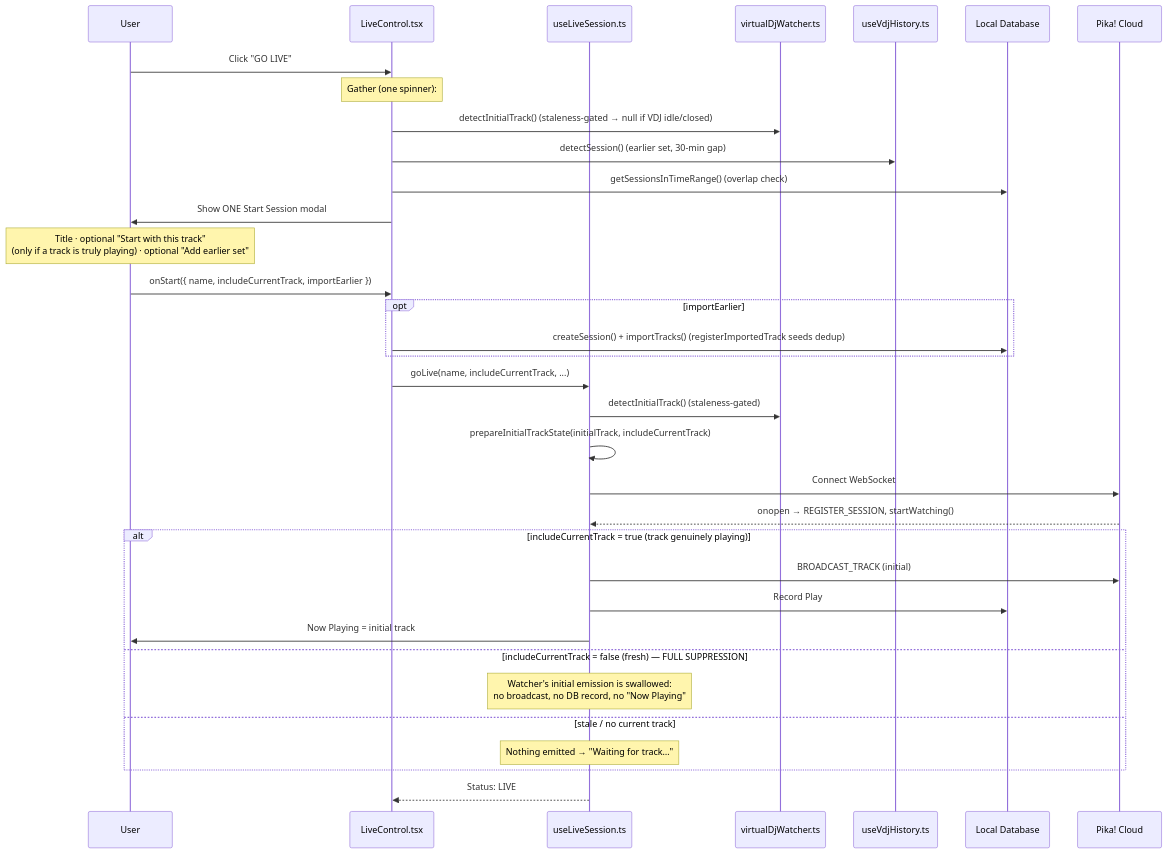
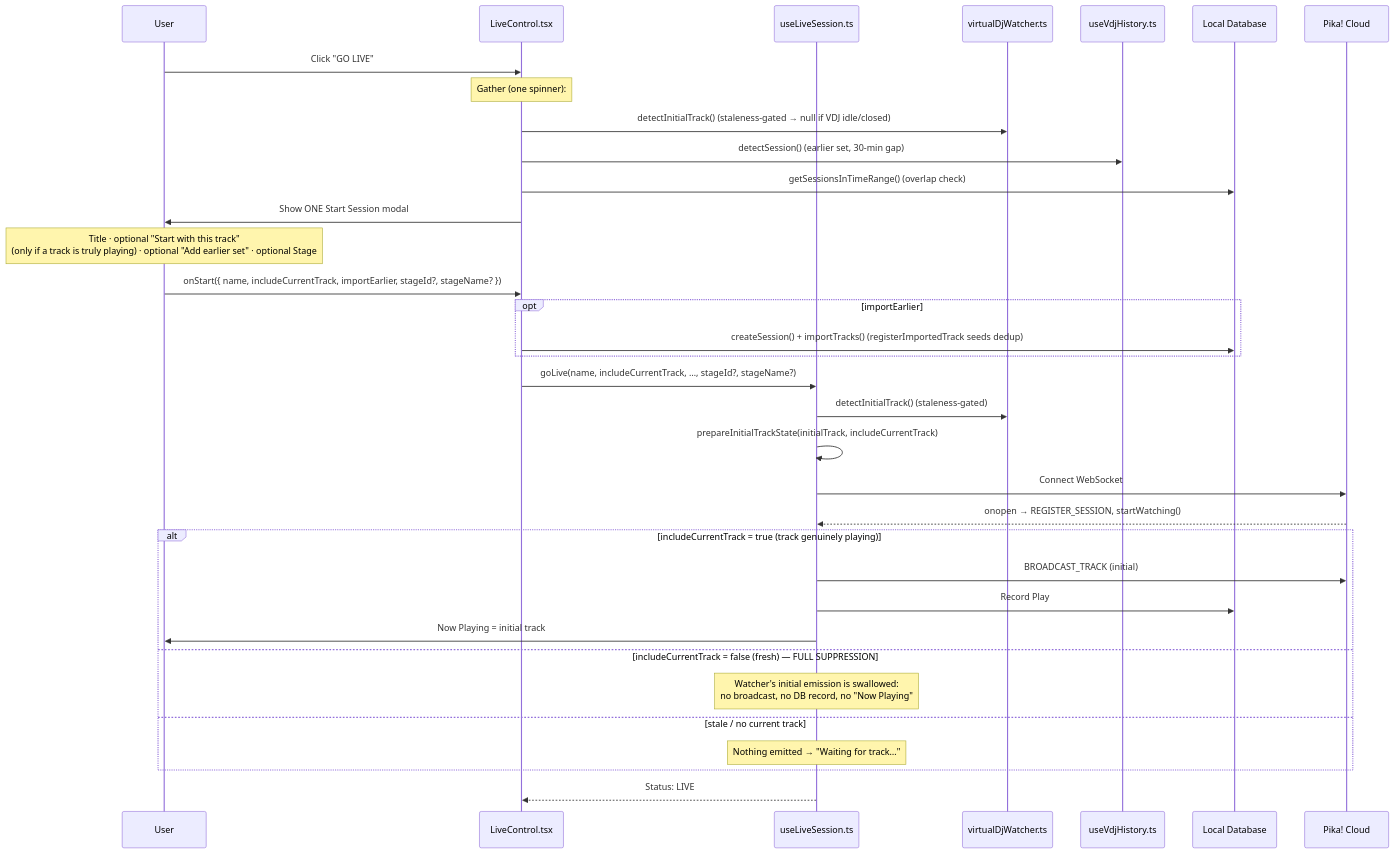
Before and after one commit to expigo/pika: the diagram in docs/architecture/go-live-flow.md, drawn with Mermaid. The commit also changed other lines of this file and 15 other files, not shown here.

````diff
--- a/docs/architecture/go-live-flow.md
+++ b/docs/architecture/go-live-flow.md
@@ -13,42 +13,42 @@
 ```mermaid
 sequenceDiagram
     participant User
     participant LC as LiveControl.tsx
     participant UL as useLiveSession.ts
     participant VDJ as virtualDjWatcher.ts
     participant VH as useVdjHistory.ts
     participant DB as Local Database
     participant CL as Pika! Cloud
 
     User->>LC: Click "GO LIVE"
     Note over LC: Gather (one spinner):
     LC->>VDJ: detectInitialTrack()  (staleness-gated → null if VDJ idle/closed)
     LC->>VH: detectSession()         (earlier set, 30-min gap)
     LC->>DB: getSessionsInTimeRange() (overlap check)
 
     LC->>User: Show ONE Start Session modal
-    Note over User: Title · optional "Start with this track"<br/>(only if a track is truly playing) · optional "Add earlier set"
-    User->>LC: onStart({ name, includeCurrentTrack, importEarlier })
+    Note over User: Title · optional "Start with this track"<br/>(only if a track is truly playing) · optional "Add earlier set" · optional Stage
+    User->>LC: onStart({ name, includeCurrentTrack, importEarlier, stageId?, stageName? })
 
     opt importEarlier
         LC->>DB: createSession() + importTracks() (registerImportedTrack seeds dedup)
     end
 
-    LC->>UL: goLive(name, includeCurrentTrack, ...)
+    LC->>UL: goLive(name, includeCurrentTrack, …, stageId?, stageName?)
     UL->>VDJ: detectInitialTrack()  (staleness-gated)
     UL->>UL: prepareInitialTrackState(initialTrack, includeCurrentTrack)
     UL->>CL: Connect WebSocket
     CL-->>UL: onopen → REGISTER_SESSION, startWatching()
 
     alt includeCurrentTrack = true (track genuinely playing)
         UL->>CL: BROADCAST_TRACK (initial)
         UL->>DB: Record Play
         UL->>User: Now Playing = initial track
     else includeCurrentTrack = false (fresh) — FULL SUPPRESSION
         Note over UL: Watcher's initial emission is swallowed:<br/>no broadcast, no DB record, no "Now Playing"
     else stale / no current track
         Note over UL: Nothing emitted → "Waiting for track…"
     end
 
     UL-->>LC: Status: LIVE
 ```
````
